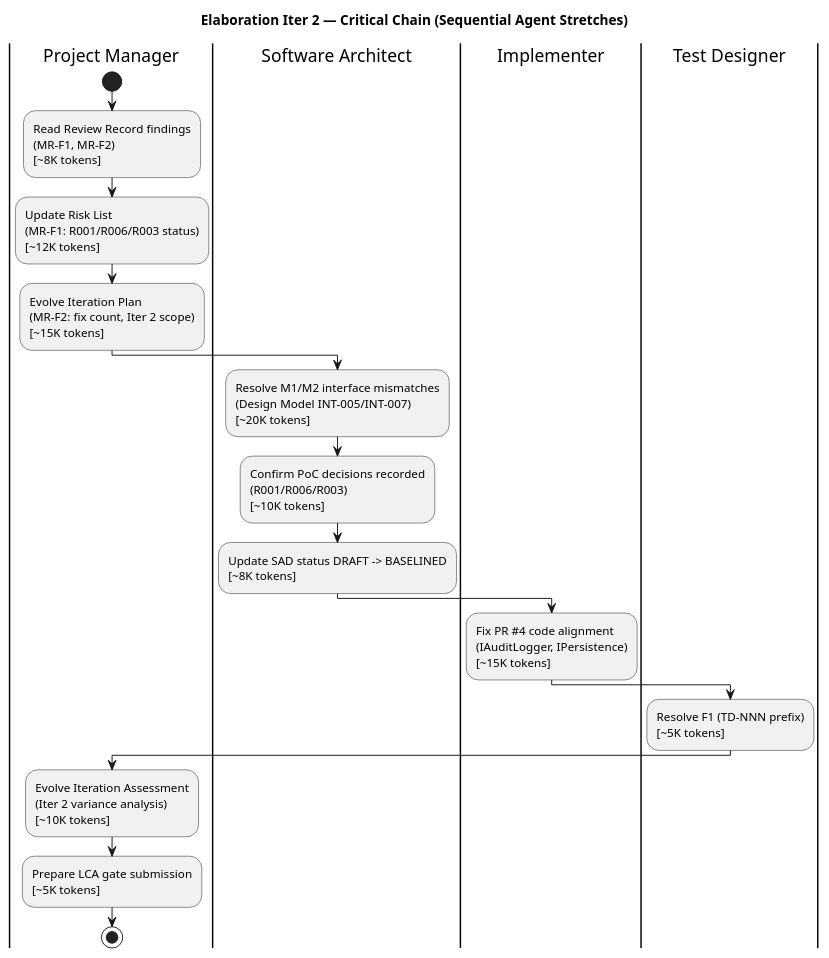
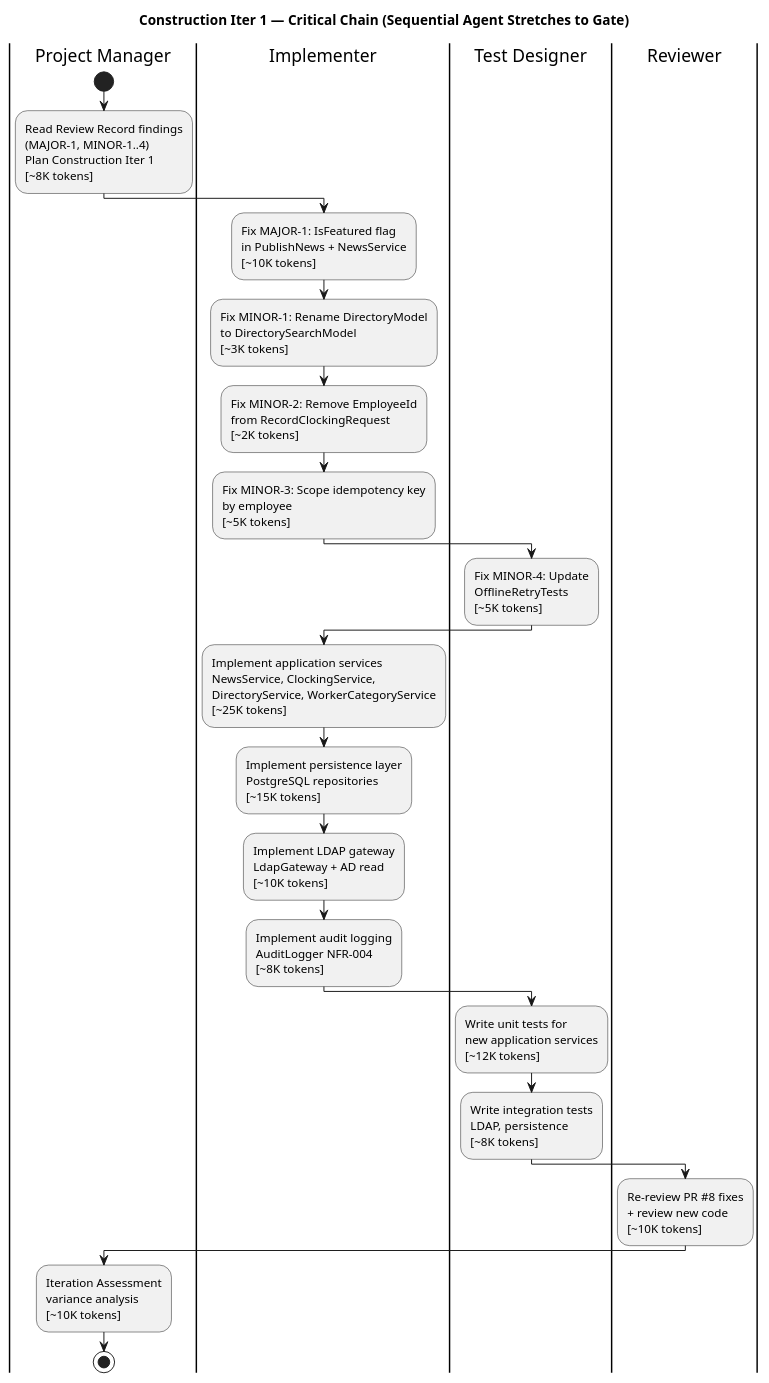
The second of 2 diagrams in docs/artifacts/project-management/iteration-plan.md (banense-test/portal-cuba-corp), drawn with PlantUML before and after one commit. The commit also changed other lines of this file, not shown here.

First line of the commit message:
Project Manager [C1]: upsert Iteration Plan

````diff
--- a/docs/artifacts/project-management/iteration-plan.md
+++ b/docs/artifacts/project-management/iteration-plan.md
@@ -73,28 +60,36 @@
 ```plantuml
 @startuml
-title Elaboration Iter 2 — Critical Chain (Sequential Agent Stretches)
+title Construction Iter 1 — Critical Chain (Sequential Agent Stretches to Gate)
 
 |Project Manager|
 start
-:Read Review Record findings\n(MR-F1, MR-F2)\n[~8K tokens];
-:Update Risk List\n(MR-F1: R001/R006/R003 status)\n[~12K tokens];
-:Evolve Iteration Plan\n(MR-F2: fix count, Iter 2 scope)\n[~15K tokens];
-
-|Software Architect|
-:Resolve M1/M2 interface mismatches\n(Design Model INT-005/INT-007)\n[~20K tokens];
-:Confirm PoC decisions recorded\n(R001/R006/R003)\n[~10K tokens];
-:Update SAD status DRAFT -> BASELINED\n[~8K tokens];
+:Read Review Record findings\n(MAJOR-1, MINOR-1..4)\nPlan Construction Iter 1\n[~8K tokens];
 
 |Implementer|
-:Fix PR #4 code alignment\n(IAuditLogger, IPersistence)\n[~15K tokens];
+:Fix MAJOR-1: IsFeatured flag\nin PublishNews + NewsService\n[~10K tokens];
+:Fix MINOR-1: Rename DirectoryModel\nto DirectorySearchModel\n[~3K tokens];
+:Fix MINOR-2: Remove EmployeeId\nfrom RecordClockingRequest\n[~2K tokens];
+:Fix MINOR-3: Scope idempotency key\nby employee\n[~5K tokens];
 
 |Test Designer|
-:Resolve F1 (TD-NNN prefix)\n[~5K tokens];
+:Fix MINOR-4: Update\nOfflineRetryTests\n[~5K tokens];
+
+|Implementer|
+:Implement application services\nNewsService, ClockingService,\nDirectoryService, WorkerCategoryService\n[~25K tokens];
+:Implement persistence layer\nPostgreSQL repositories\n[~15K tokens];
+:Implement LDAP gateway\nLdapGateway + AD read\n[~10K tokens];
+:Implement audit logging\nAuditLogger NFR-004\n[~8K tokens];
+
+|Test Designer|
+:Write unit tests for\nnew application services\n[~12K tokens];
+:Write integration tests\nLDAP, persistence\n[~8K tokens];
+
+|Reviewer|
+:Re-review PR #8 fixes\n+ review new code\n[~10K tokens];
 
 |Project Manager|
-:Evolve Iteration Assessment\n(Iter 2 variance analysis)\n[~10K tokens];
-:Prepare LCA gate submission\n[~5K tokens];
+:Iteration Assessment\nvariance analysis\n[~10K tokens];
 stop
 
 @enduml
 ```
````
